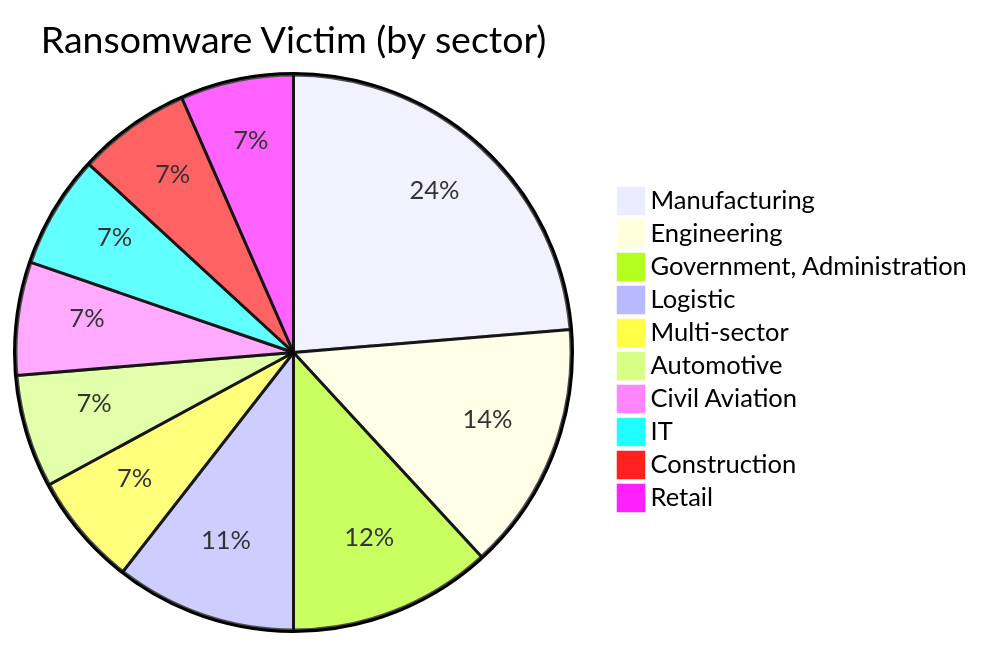
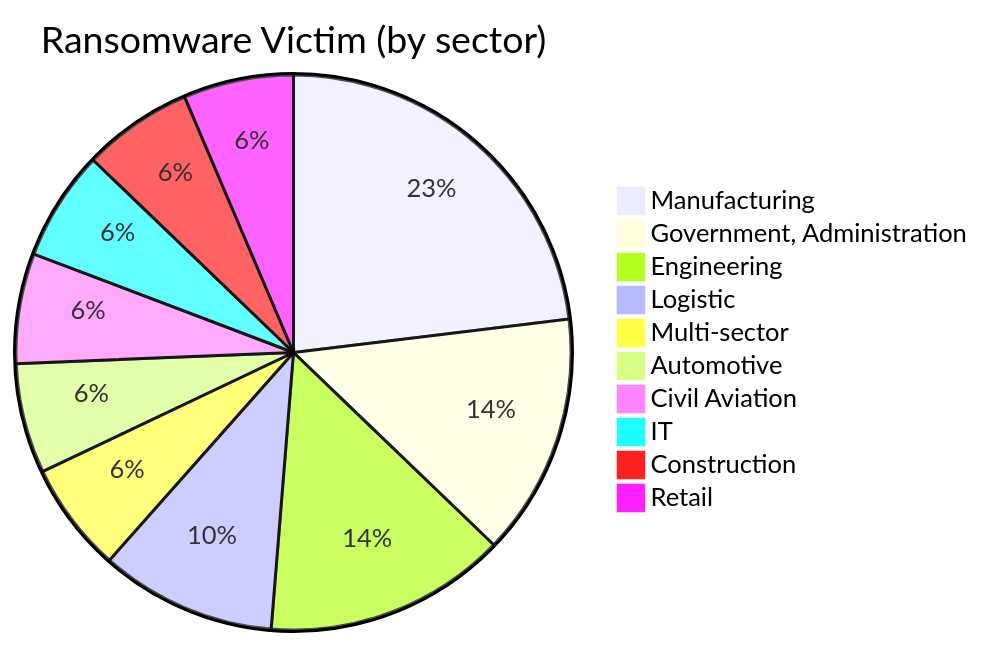
One commit to rectifyq/site changed the fourth of 4 diagrams in content/my-threat-landscape/ransomware.md. Above: the diagram before and after it, drawn with Mermaid. The commit also changed other lines of this file and 4 other files, not shown here.

````diff
--- a/content/my-threat-landscape/ransomware.md
+++ b/content/my-threat-landscape/ransomware.md
@@ -185,13 +190,13 @@
 ```mermaid
 pie title Ransomware Victim (by sector)
     "Manufacturing" : 18
+    "Government, Administration" : 11
     "Engineering" : 11
-    "Government, Administration" : 9
     "Logistic" : 8
     "Multi-sector" : 5
     "Automotive" : 5
     "Civil Aviation" : 5
     "IT" : 5
     "Construction" : 5
     "Retail" : 5
 ```
````
